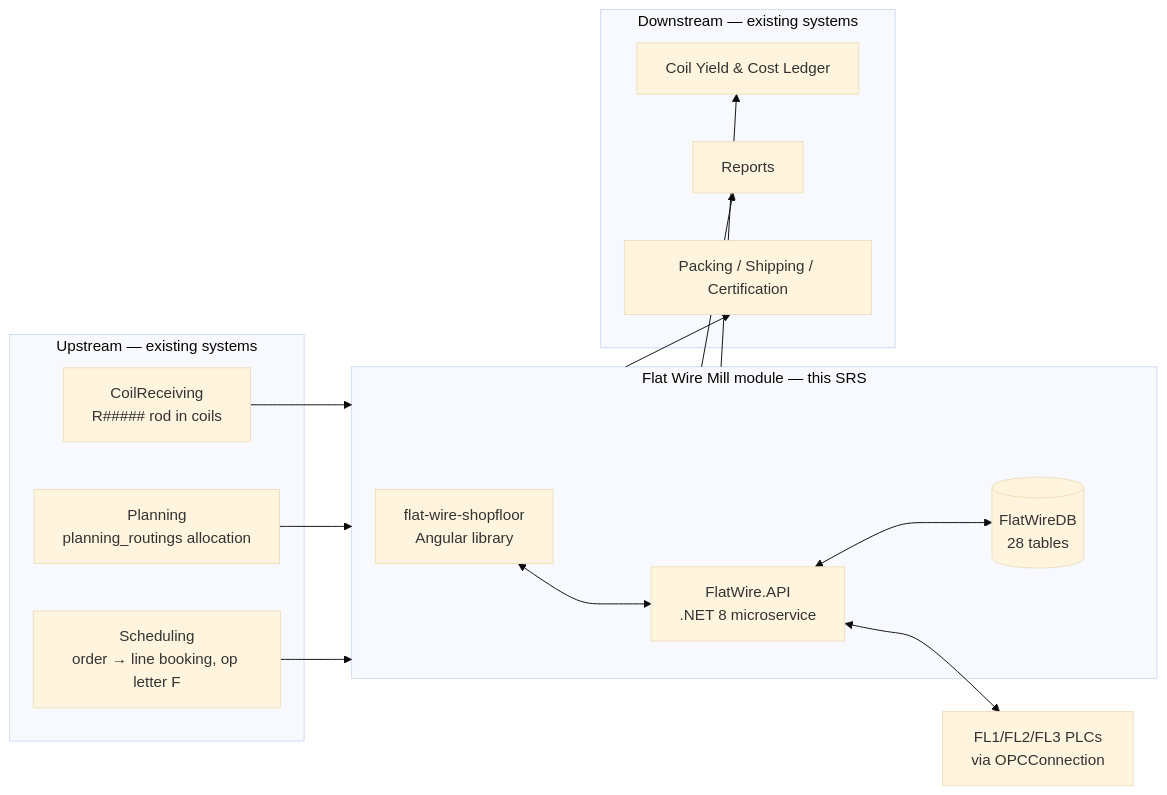
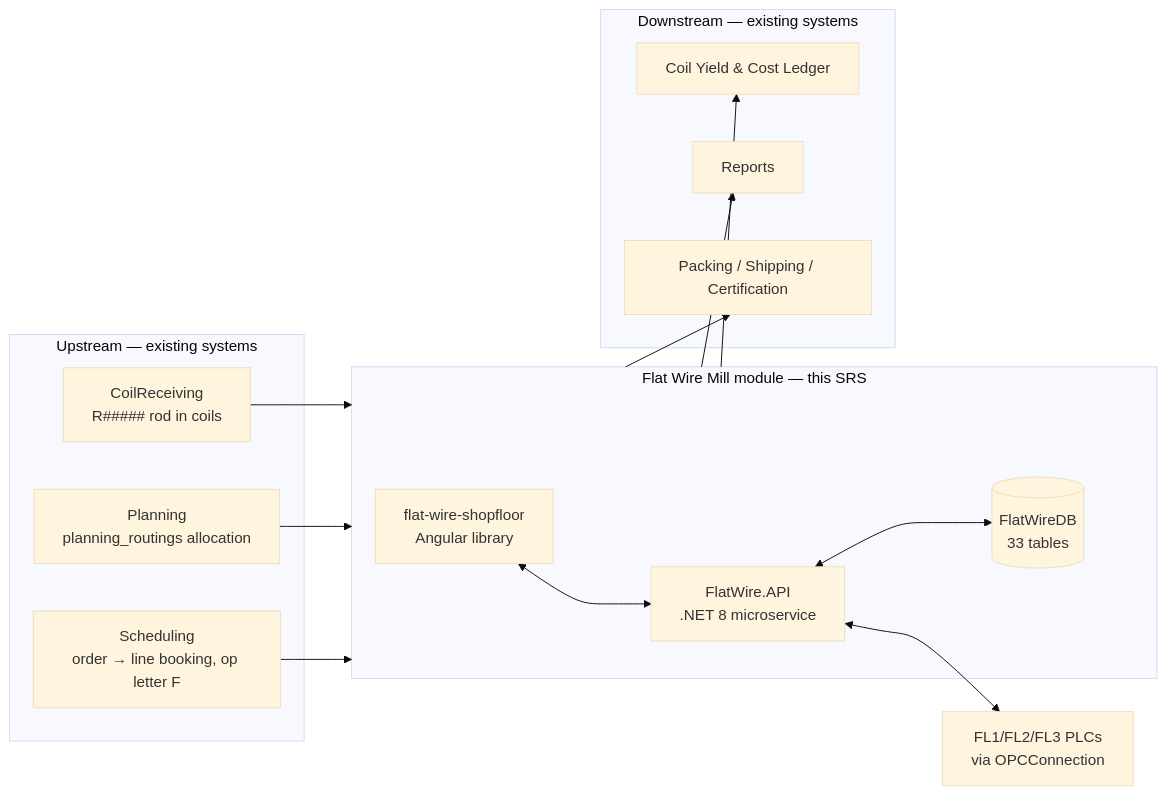
Before and after one commit to UnitedAluminum/Flatwire-planning: the diagram in MVP-1/ProjectPlan/Business/BusinessRequirements.md, drawn with Mermaid (base theme). The commit also changed other lines of this file and 142 other files, not shown here.

````diff
--- a/MVP-1/ProjectPlan/Business/BusinessRequirements.md
+++ b/MVP-1/ProjectPlan/Business/BusinessRequirements.md
@@ -84,29 +85,29 @@
 ```mermaid
 flowchart LR
   subgraph UP["Upstream — existing systems"]
     RCV["CoilReceiving<br/>R##### rod in coils"]
     PLN["Planning<br/>planning_routings allocation"]
     SCH["Scheduling<br/>order → line booking, op letter F"]
   end
   subgraph FW["Flat Wire Mill module — this SRS"]
     UI["flat-wire-shopfloor<br/>Angular library"]
     API["FlatWire.API<br/>.NET 8 microservice"]
-    DB[("FlatWireDB<br/>28 tables")]
+    DB[("FlatWireDB<br/>33 tables")]
   end
   subgraph DOWN["Downstream — existing systems"]
     YLD["Coil Yield & Cost Ledger"]
     RPT["Reports"]
     PACK["Packing / Shipping / Certification"]
   end
   PLC["FL1/FL2/FL3 PLCs<br/>via OPCConnection"]
 
   RCV --> FW
   PLN --> FW
   SCH --> FW
   UI <--> API
   API <--> DB
   API <--> PLC
   FW --> YLD
   FW --> RPT
   FW --> PACK
 ```
````
